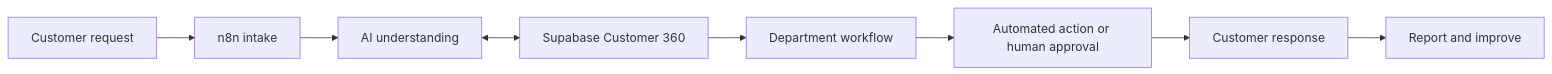
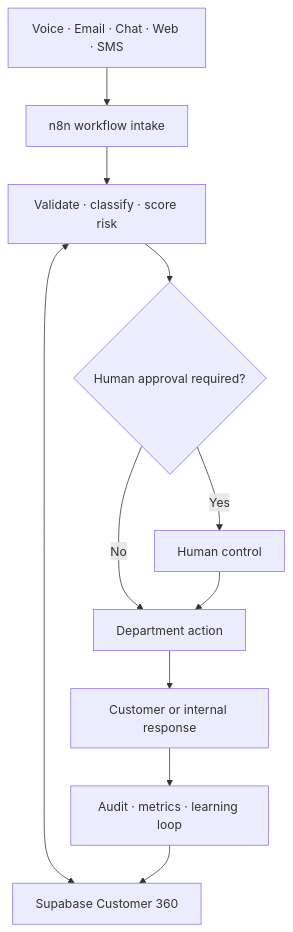
The diagram in README.md (alejandrolim07-droid/omniserve-ai), drawn with Mermaid before and after one commit. The commit also changed other lines of this file and 104 other files, not shown here.

````diff
--- a/README.md
+++ b/README.md
@@ -11,10 +21,13 @@
 ```mermaid
-flowchart LR
-    Intake["Customer request"] --> N8N["n8n intake"]
-    N8N --> AI["AI understanding"]
-    AI <--> DB["Supabase Customer 360"]
-    DB --> Department["Department workflow"]
-    Department --> Gate["Automated action or human approval"]
-    Gate --> Response["Customer response"]
-    Response --> Learn["Report and improve"]
+flowchart TD
+  Channels["Voice · Email · Chat · Web · SMS"] --> Intake["n8n workflow intake"]
+  Intake --> Policy["Validate · classify · score risk"]
+  Policy <--> C360["Supabase Customer 360"]
+  Policy --> Gate{"Human approval required?"}
+  Gate -->|No| Action["Department action"]
+  Gate -->|Yes| Approval["Human control"]
+  Approval --> Action
+  Action --> Response["Customer or internal response"]
+  Response --> Audit["Audit · metrics · learning loop"]
+  Audit --> C360
 ```
````
